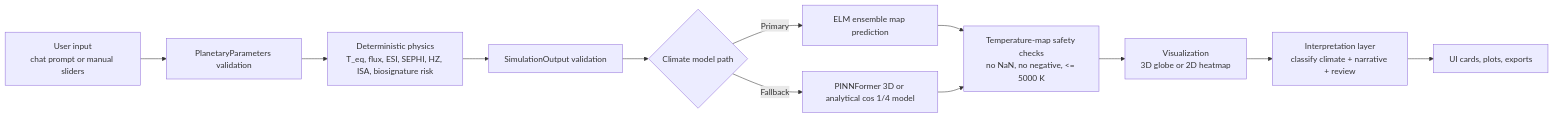
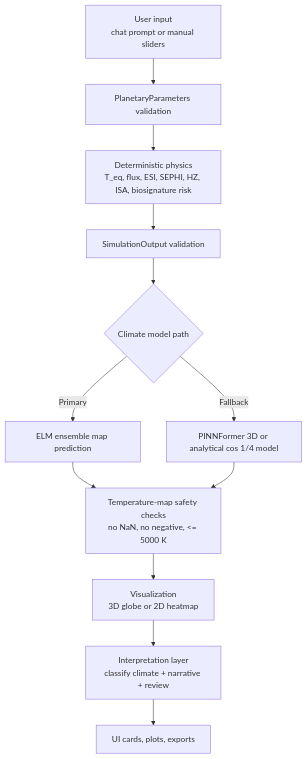
One commit to HardCounter/Hack-4-Sages changed the second of 4 diagrams in README.md. Above: the diagram before and after it, drawn with Mermaid. The commit also changed other lines of this file, not shown here.

````diff
--- a/README.md
+++ b/README.md
@@ -98,17 +98,17 @@
 ```mermaid
-graph LR
+graph TD
   A[User input\nchat prompt or manual sliders] --> B[PlanetaryParameters validation]
   B --> C[Deterministic physics\nT_eq, flux, ESI, SEPHI, HZ, ISA, biosignature risk]
   C --> D[SimulationOutput validation]
   D --> E{Climate model path}
 
   E -->|Primary| F[ELM ensemble map prediction]
   E -->|Fallback| G[PINNFormer 3D or analytical cos 1/4 model]
 
   F --> H[Temperature-map safety checks\nno NaN, no negative, <= 5000 K]
   G --> H
 
   H --> I[Visualization\n3D globe or 2D heatmap]
   I --> J[Interpretation layer\nclassify climate + narrative + review]
   J --> K[UI cards, plots, exports]
 ```
````
